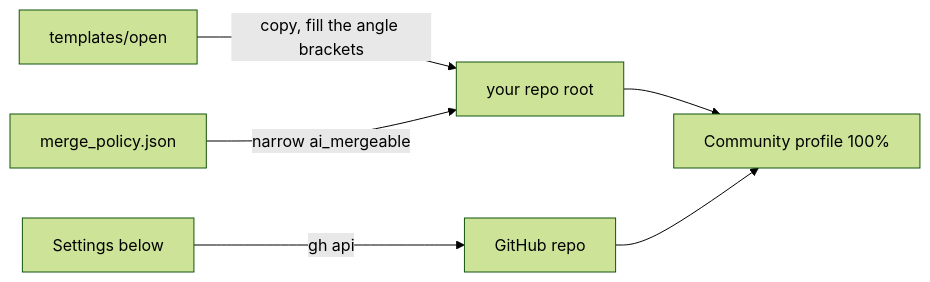
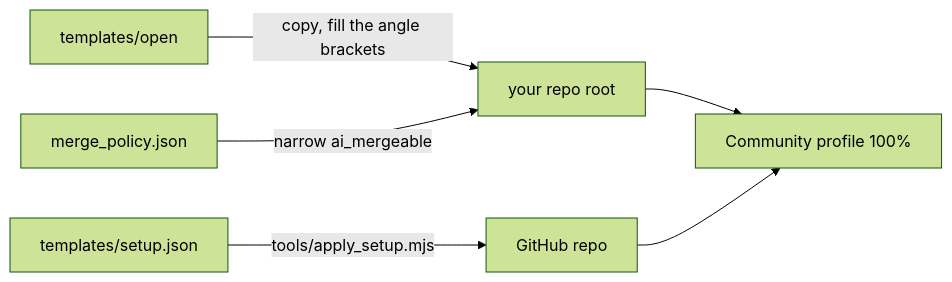
One commit to SoulCraft-Org/git-crafter changed the diagram in templates/open/README.md. Above: the diagram before and after it, drawn with Mermaid (forest theme). The commit also changed other lines of this file and 12 other files, not shown here.

First line of the commit message:
Setup list: templates/setup.json and tools/apply_setup.mjs set a repo's GitHub switches

````diff
--- a/templates/open/README.md
+++ b/templates/open/README.md
@@ -5,8 +5,8 @@
 ```mermaid
 flowchart LR
   T[templates/open] -->|copy, fill the angle brackets| R[your repo root]
   P[merge_policy.json] -->|narrow ai_mergeable| R
-  S[Settings below] -->|gh api| G[GitHub repo]
+  S[templates/setup.json] -->|tools/apply_setup.mjs| G[GitHub repo]
   R --> C[Community profile 100%]
   G --> C
 ```
````
